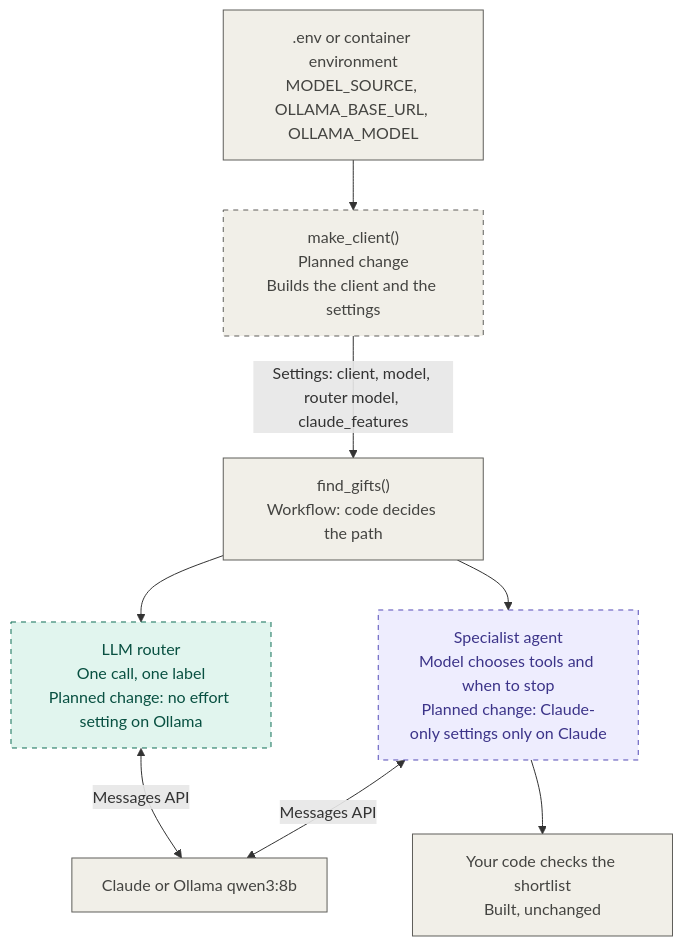
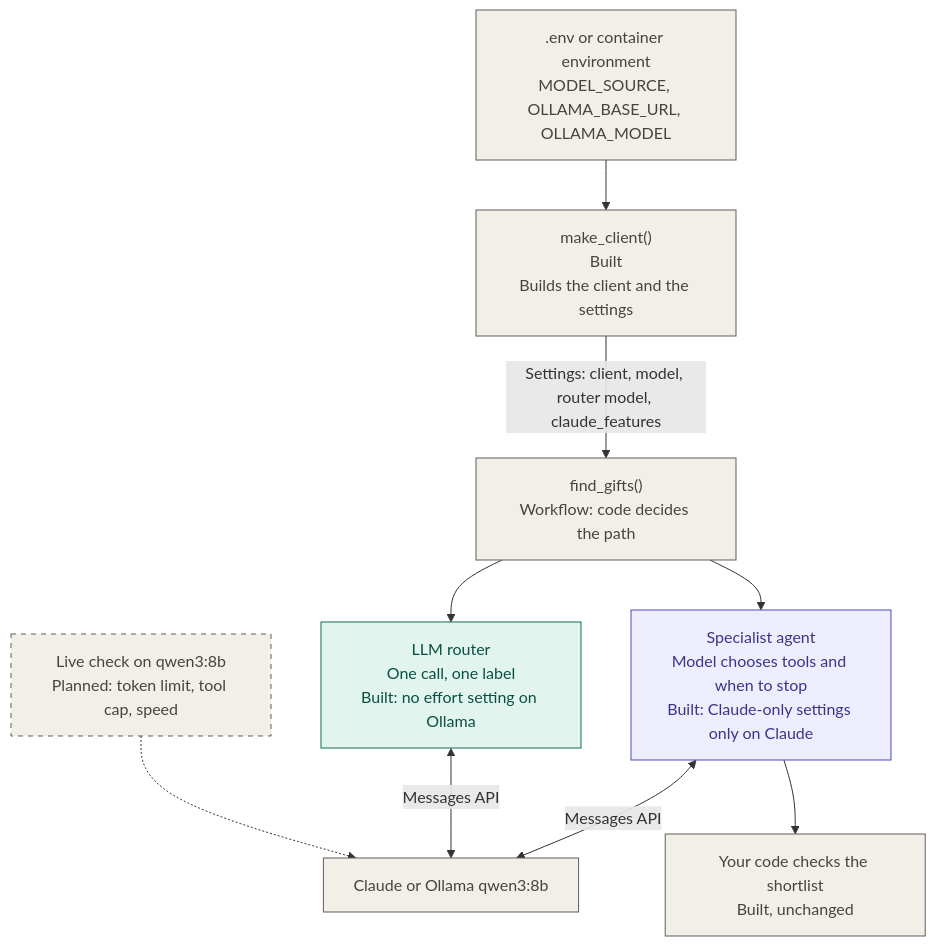
Before and after one commit to EZE22/gift-genius: the second of 2 diagrams in README.md, drawn with Mermaid. The commit also changed other lines of this file, not shown here.

Commit message:
docs: mark Ollama model source as built and add live check

````diff
--- a/README.md
+++ b/README.md
@@ -63,18 +62,19 @@
 ```mermaid
 flowchart TD
-    E[".env or container environment<br/>MODEL_SOURCE, OLLAMA_BASE_URL, OLLAMA_MODEL"] --> M["make_client()<br/>Planned change<br/>Builds the client and the settings"]
+    E[".env or container environment<br/>MODEL_SOURCE, OLLAMA_BASE_URL, OLLAMA_MODEL"] --> M["make_client()<br/>Built<br/>Builds the client and the settings"]
     M -->|"Settings: client, model, router model, claude_features"| W["find_gifts()<br/>Workflow: code decides the path"]
-    W --> R["LLM router<br/>One call, one label<br/>Planned change: no effort setting on Ollama"]
-    W --> A["Specialist agent<br/>Model chooses tools and when to stop<br/>Planned change: Claude-only settings only on Claude"]
+    W --> R["LLM router<br/>One call, one label<br/>Built: no effort setting on Ollama"]
+    W --> A["Specialist agent<br/>Model chooses tools and when to stop<br/>Built: Claude-only settings only on Claude"]
     A <-->|"Messages API"| MD["Claude or Ollama qwen3:8b"]
     R <-->|"Messages API"| MD
     A --> V["Your code checks the shortlist<br/>Built, unchanged"]
+    L["Live check on qwen3:8b<br/>Planned: token limit, tool cap, speed"] -.-> MD
     classDef llm fill:#E1F5EE,stroke:#0F6E56,color:#085041
     classDef agent fill:#EEEDFE,stroke:#534AB7,color:#3C3489
     classDef code fill:#F1EFE8,stroke:#5F5E5A,color:#444441
     classDef planned stroke-dasharray: 5 5
     class R llm
     class A agent
-    class E,M,W,MD,V code
-    class M,R,A planned
+    class E,M,W,MD,V,L code
+    class L planned
 ```
````
